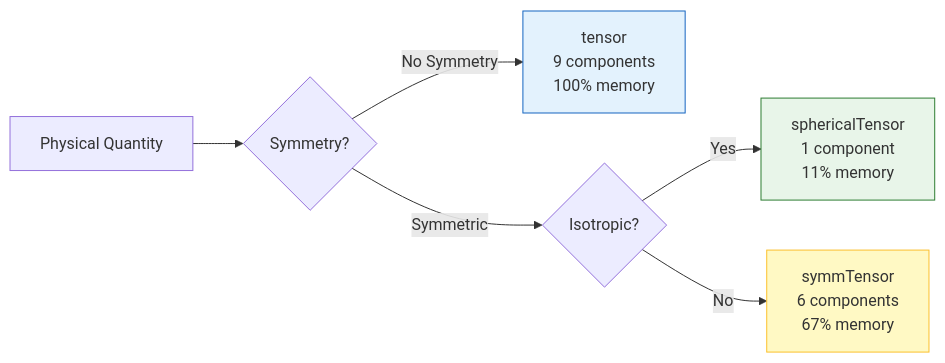
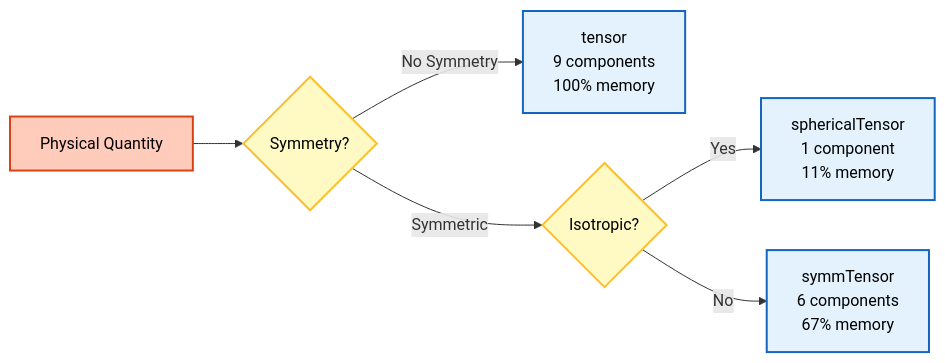
The second of 2 diagrams in MODULE_05_OPENFOAM_PROGRAMMING/CONTENT/11_TENSOR_ALGEBRA/02_Tensor_Class_Hierarchy.md (wramet/build-my-cfd), drawn with Mermaid before and after one commit. The commit also changed other lines of this file and 313 other files, not shown here.

Commit message:
Revise all diagram

````diff
--- a/MODULE_05_OPENFOAM_PROGRAMMING/CONTENT/11_TENSOR_ALGEBRA/02_Tensor_Class_Hierarchy.md
+++ b/MODULE_05_OPENFOAM_PROGRAMMING/CONTENT/11_TENSOR_ALGEBRA/02_Tensor_Class_Hierarchy.md
@@ -545,12 +548,15 @@
 ```mermaid
 flowchart LR
-    A[Physical Quantity] --> B{Symmetry?}
-    B -->|No Symmetry| C[tensor<br/>9 components<br/>100% memory]
-    B -->|Symmetric| D{Isotropic?}
-    D -->|Yes| E[sphericalTensor<br/>1 component<br/>11% memory]
-    D -->|No| F[symmTensor<br/>6 components<br/>67% memory]
+%% Classes
+classDef explicit fill:#ffccbc,stroke:#d84315,stroke-width:2px,color:#000
+classDef implicit fill:#e3f2fd,stroke:#1565c0,stroke-width:2px,color:#000
+classDef decision fill:#fff9c4,stroke:#fbc02d,stroke-width:2px,color:#000
+A["Physical Quantity"]:::explicit --> B{"Symmetry?"}:::decision
 
-    style C fill:#e3f2fd,stroke:#1565c0
-    style F fill:#fff9c4,stroke:#fbc02d
-    style E fill:#e8f5e9,stroke:#2e7d32
+B -->|"No Symmetry"| C["tensor<br/>9 components<br/>100% memory"]:::implicit
+
+B -->|"Symmetric"| D{"Isotropic?"}:::decision
+
+D -->|"Yes"| E["sphericalTensor<br/>1 component<br/>11% memory"]:::implicit
+D -->|"No"| F["symmTensor<br/>6 components<br/>67% memory"]:::implicit
 ```
````
